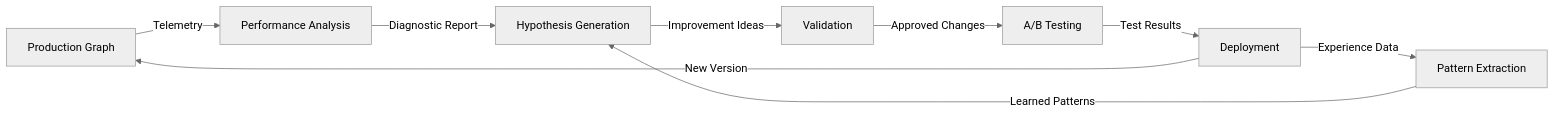
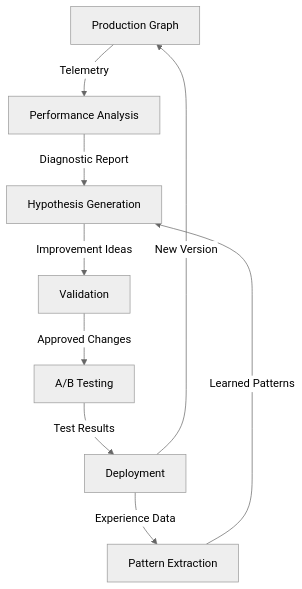
Before and after one commit to wensheng/spark: the diagram in docs/rsi/index.md, drawn with Mermaid (neutral theme). The commit also changed other lines of this file and 55 other files, not shown here.

````diff
--- a/docs/rsi/index.md
+++ b/docs/rsi/index.md
@@ -22,11 +22,11 @@
 ```mermaid
-graph LR
+graph TD
     A[Production Graph] -->|Telemetry| B[Performance Analysis]
     B -->|Diagnostic Report| C[Hypothesis Generation]
     C -->|Improvement Ideas| D[Validation]
     D -->|Approved Changes| E[A/B Testing]
     E -->|Test Results| F[Deployment]
     F -->|New Version| A
     F -->|Experience Data| G[Pattern Extraction]
     G -->|Learned Patterns| C
 ```
````
